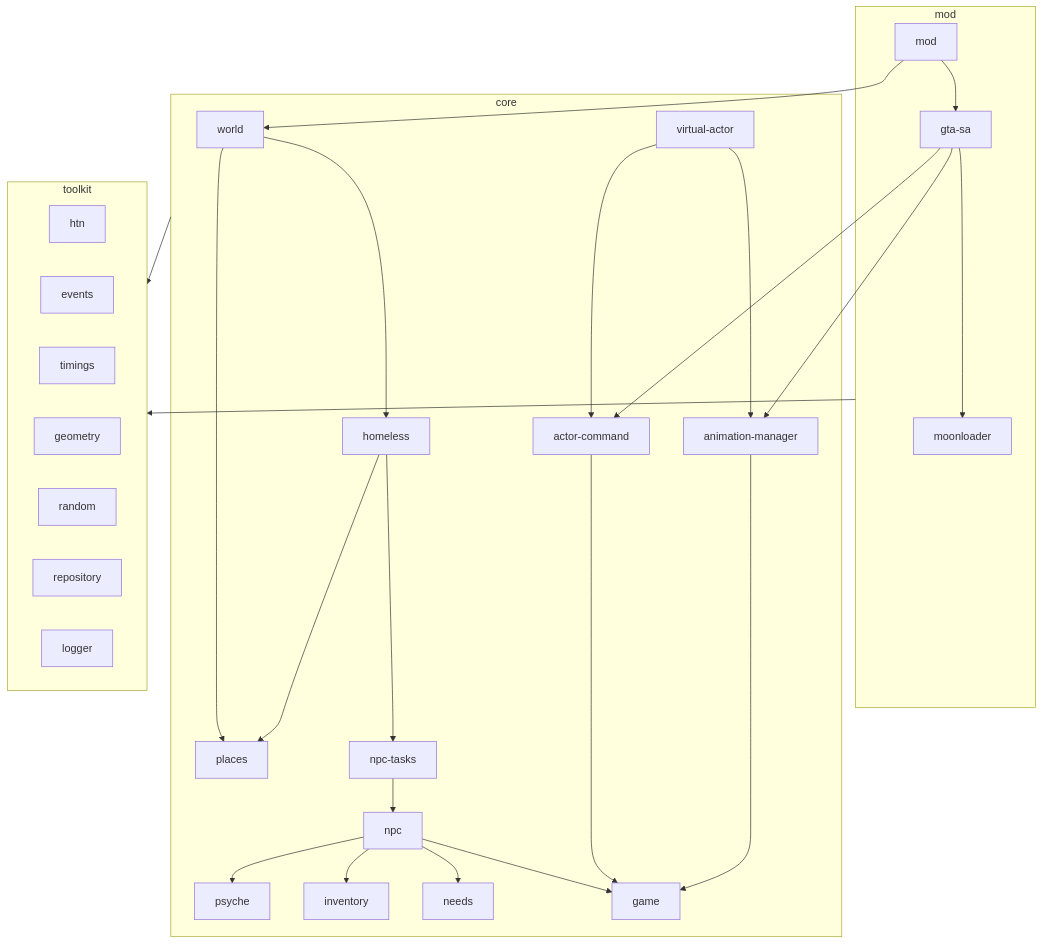
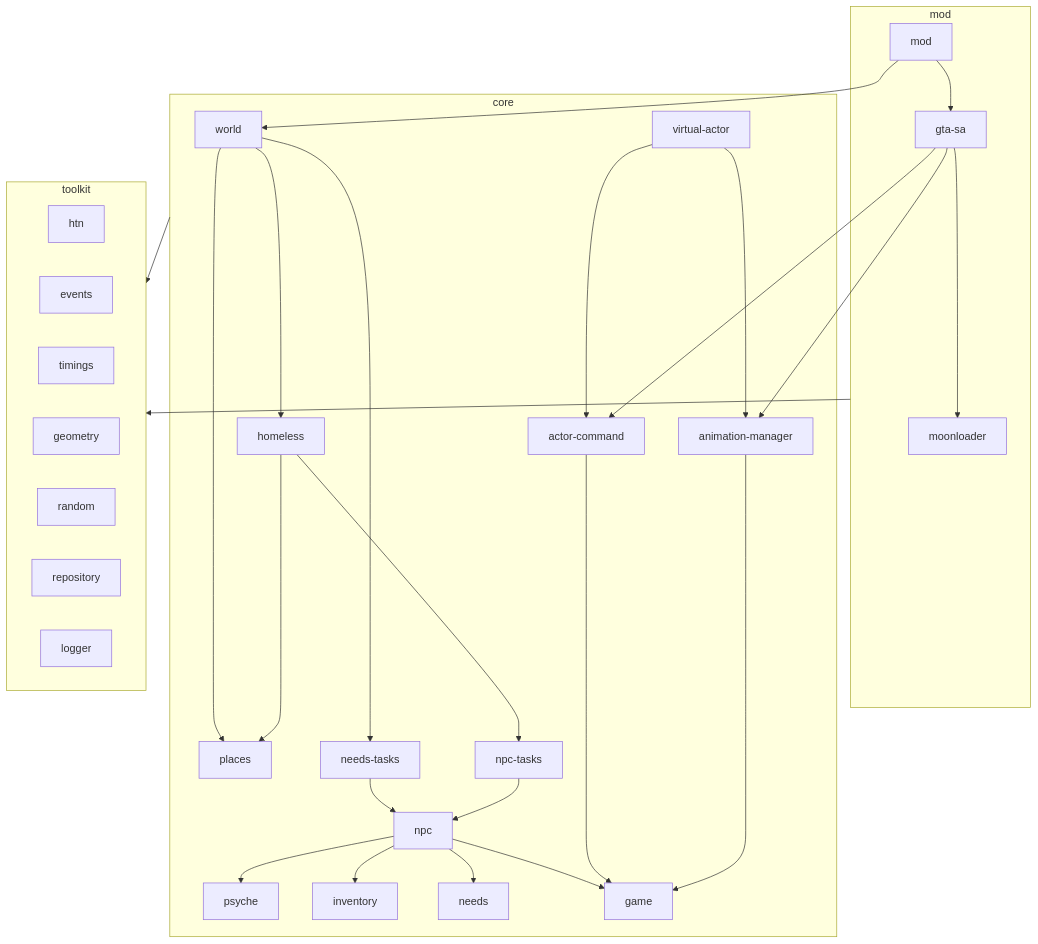
The first of 2 diagrams in docs/architecture/index.md (ivan-podgornov/peetland), drawn with Mermaid before and after one commit. The commit also changed 35 other files, not shown here.

````diff
--- a/docs/architecture/index.md
+++ b/docs/architecture/index.md
@@ -80,39 +80,41 @@
 ```mermaid
 flowchart TD
   subgraph mod
     modmod[mod] --> gtasa[gta-sa]
     gtasa --> moonloader
   end
 
   subgraph core
     world --> homeless
     world --> places
+    world --> needstasks[needs-tasks]
+    needstasks --> npc
     homeless --> npctasks[npc-tasks]
     homeless --> places
     npctasks --> npc
     npc --> psyche
     npc --> inventory
     npc --> needs
     npc --> game
     virtualactor[virtual-actor] --> actorcommand[actor-command]
     virtualactor --> animationmanager[animation-manager]
     actorcommand --> game
     animationmanager --> game
   end
 
   subgraph toolkit
     htn
     events
     timings
     geometry
     random
     repository
     logger
   end
 
   modmod --> world
   gtasa --> actorcommand
   gtasa --> animationmanager
   core --> toolkit
   mod --> toolkit
 ```
````
